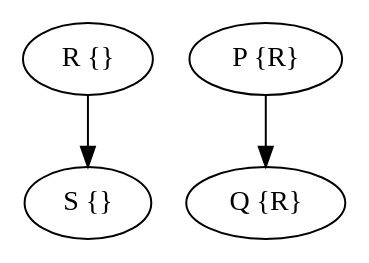
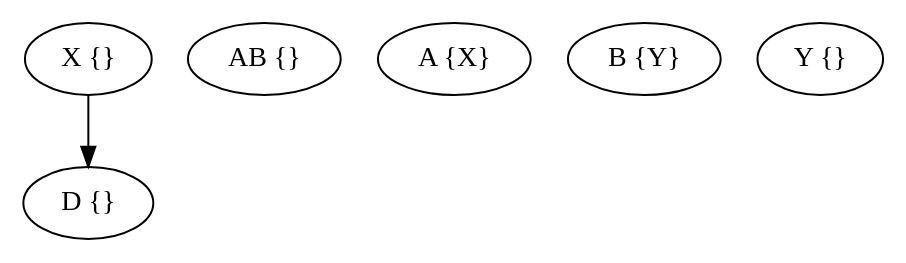
One commit to GiovA07/Pointer_Analysis changed the diagram in output/grafo.dot. Above: the diagram before and after it, drawn with Graphviz. The commit also changed 9 other files, not shown here.

```diff
--- a/output/grafo.dot
+++ b/output/grafo.dot
@@ -1,9 +1,10 @@
 digraph{
 rankdir=TB;
-S [label="S {}"];
-Q [label="Q {R}"];
-P [label="P {R}"];
-R [label="R {}"];
-P -> Q;
-R -> S;
+D [label="D {}"];
+AB [label="AB {}"];
+A [label="A {X}"];
+X [label="X {}"];
+B [label="B {Y}"];
+Y [label="Y {}"];
+X -> D;
 }
```
